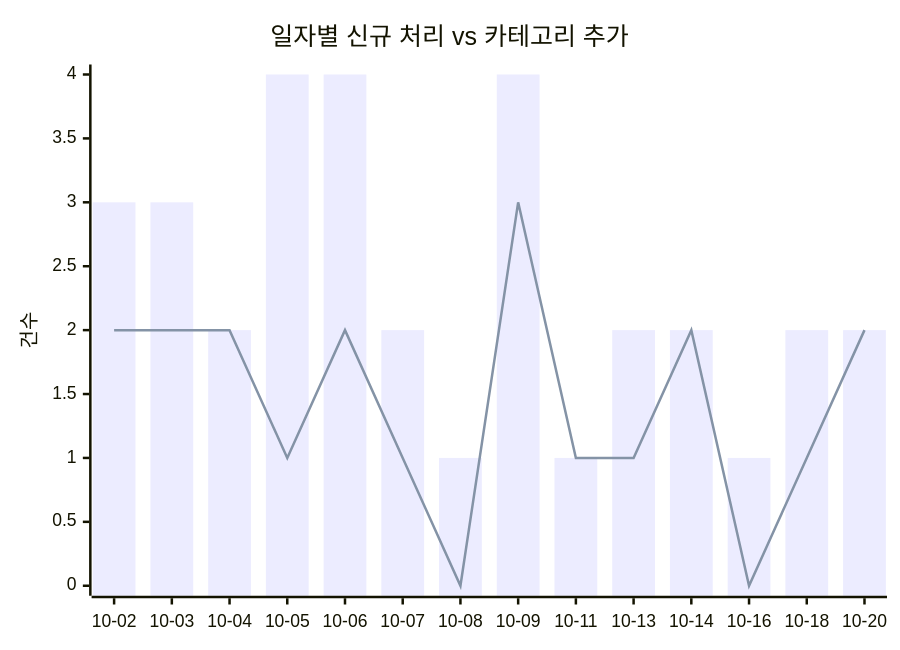
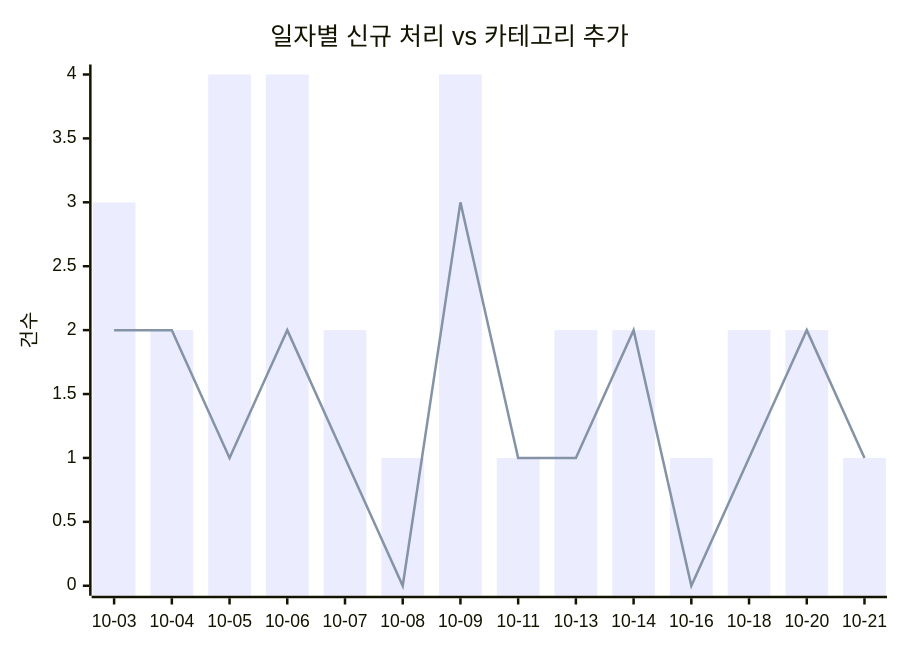
One commit to J-nowcow/awesome-korean-agent-skills changed the first of 2 diagrams in docs/trends.md. Above: the diagram before and after it, drawn with Mermaid. The commit also changed other lines of this file and 3 other files, not shown here.

````diff
--- a/docs/trends.md
+++ b/docs/trends.md
@@ -32,8 +32,8 @@
 ```mermaid
 xychart-beta
     title "일자별 신규 처리 vs 카테고리 추가"
-    x-axis ["10-02","10-03","10-04","10-05","10-06","10-07","10-08","10-09","10-11","10-13","10-14","10-16","10-18","10-20"]
+    x-axis ["10-03","10-04","10-05","10-06","10-07","10-08","10-09","10-11","10-13","10-14","10-16","10-18","10-20","10-21"]
     y-axis "건수"
-    bar [3,3,2,4,4,2,1,4,1,2,2,1,2,2]
-    line [2,2,2,1,2,1,0,3,1,1,2,0,1,2]
+    bar [3,2,4,4,2,1,4,1,2,2,1,2,2,1]
+    line [2,2,1,2,1,0,3,1,1,2,0,1,2,1]
 ```
````
